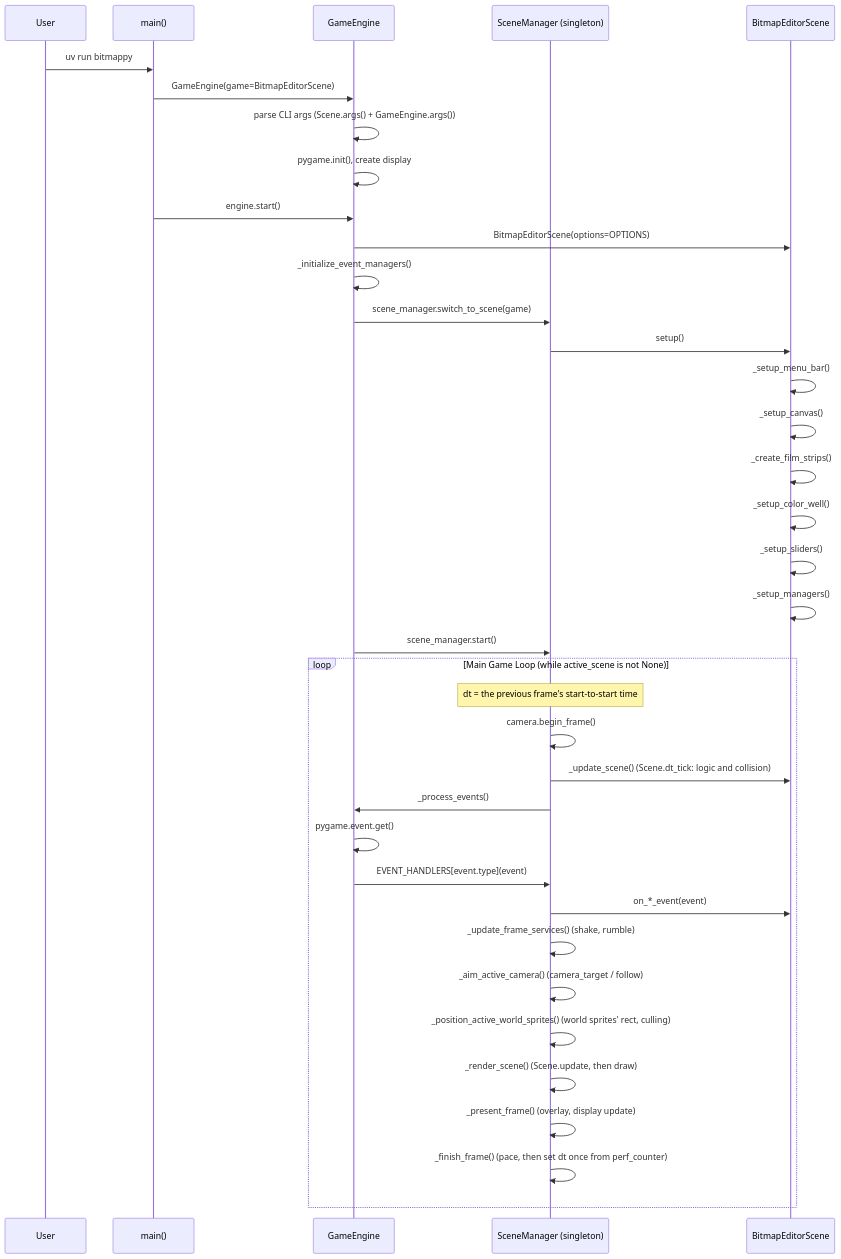
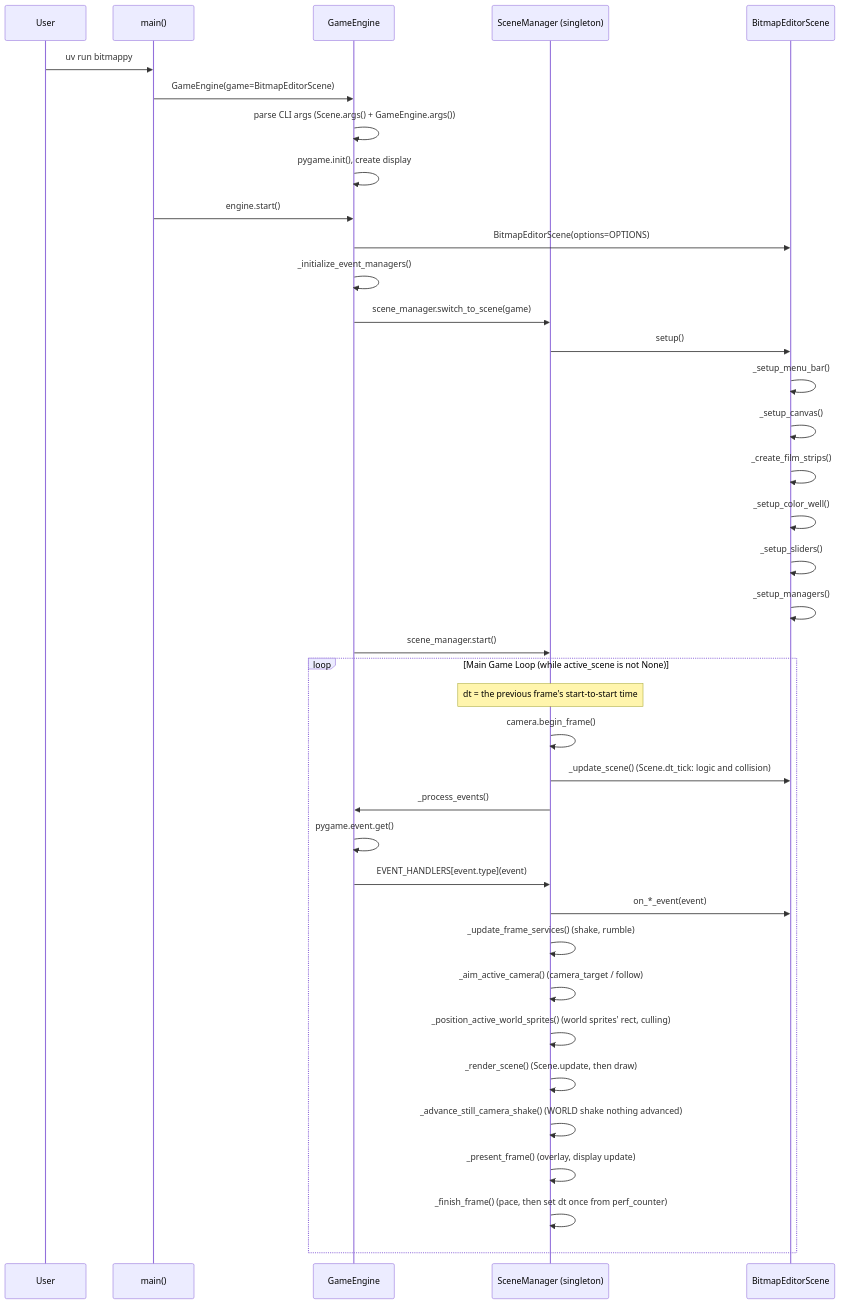
Before and after one commit to terrysimons/glitchygames: the first of 8 diagrams in BITMAPPY_ARCHITECTURE.md, drawn with Mermaid. The commit also changed other lines of this file and 7 other files, not shown here.

First line of the commit message:
Advance a WORLD shake once per frame even when nothing moves the camera

````diff
--- a/BITMAPPY_ARCHITECTURE.md
+++ b/BITMAPPY_ARCHITECTURE.md
@@ -7,41 +7,42 @@
 ```mermaid
 sequenceDiagram
     participant User
     participant main as main()
     participant GE as GameEngine
     participant SM as SceneManager (singleton)
     participant BES as BitmapEditorScene
 
     User->>main: uv run bitmappy
     main->>GE: GameEngine(game=BitmapEditorScene)
     GE->>GE: parse CLI args (Scene.args() + GameEngine.args())
     GE->>GE: pygame.init(), create display
     main->>GE: engine.start()
     GE->>BES: BitmapEditorScene(options=OPTIONS)
     GE->>GE: _initialize_event_managers()
     GE->>SM: scene_manager.switch_to_scene(game)
     SM->>BES: setup()
     BES->>BES: _setup_menu_bar()
     BES->>BES: _setup_canvas()
     BES->>BES: _create_film_strips()
     BES->>BES: _setup_color_well()
     BES->>BES: _setup_sliders()
     BES->>BES: _setup_managers()
     GE->>SM: scene_manager.start()
 
     loop Main Game Loop (while active_scene is not None)
         Note over SM: dt = the previous frame's start-to-start time
         SM->>SM: camera.begin_frame()
         SM->>BES: _update_scene() (Scene.dt_tick: logic and collision)
         SM->>GE: _process_events()
         GE->>GE: pygame.event.get()
         GE->>SM: EVENT_HANDLERS[event.type](event)
         SM->>BES: on_*_event(event)
         SM->>SM: _update_frame_services() (shake, rumble)
         SM->>SM: _aim_active_camera() (camera_target / follow)
         SM->>SM: _position_active_world_sprites() (world sprites' rect, culling)
         SM->>SM: _render_scene() (Scene.update, then draw)
+        SM->>SM: _advance_still_camera_shake() (WORLD shake nothing advanced)
         SM->>SM: _present_frame() (overlay, display update)
         SM->>SM: _finish_frame() (pace, then set dt once from perf_counter)
     end
 ```
````
